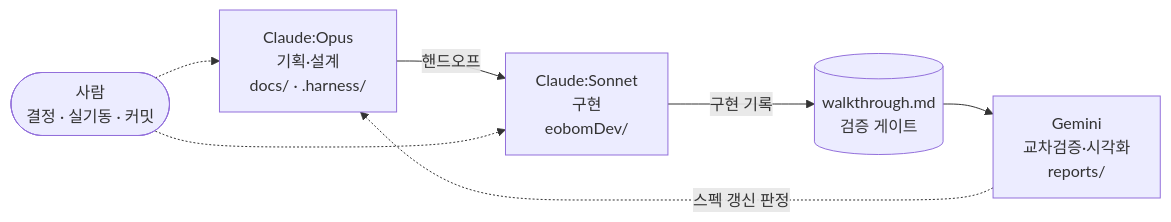
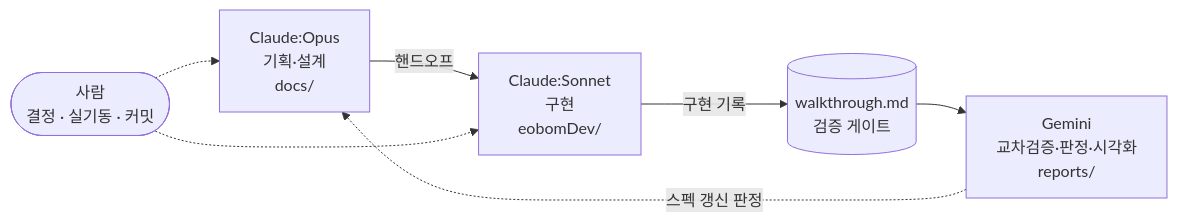
One commit to Hyunews/Eobom changed the diagram in README.md. Above: the diagram before and after it, drawn with Mermaid. The commit also changed other lines of this file, not shown here.

````diff
--- a/README.md
+++ b/README.md
@@ -84,14 +92,14 @@
 ```mermaid
 flowchart LR
-    O["Claude:Opus<br/>기획·설계<br/>docs/ · .harness/"]
+    O["Claude:Opus<br/>기획·설계<br/>docs/"]
     S["Claude:Sonnet<br/>구현<br/>eobomDev/"]
     W[("walkthrough.md<br/>검증 게이트")]
-    G["Gemini<br/>교차검증·시각화<br/>reports/"]
+    G["Gemini<br/>교차검증·판정·시각화<br/>reports/"]
     H(["사람<br/>결정 · 실기동 · 커밋"])
     O -- 핸드오프 --> S
     S -- 구현 기록 --> W
     W --> G
     G -. 스펙 갱신 판정 .-> O
     H -.-> O
     H -.-> S
 ```
````
